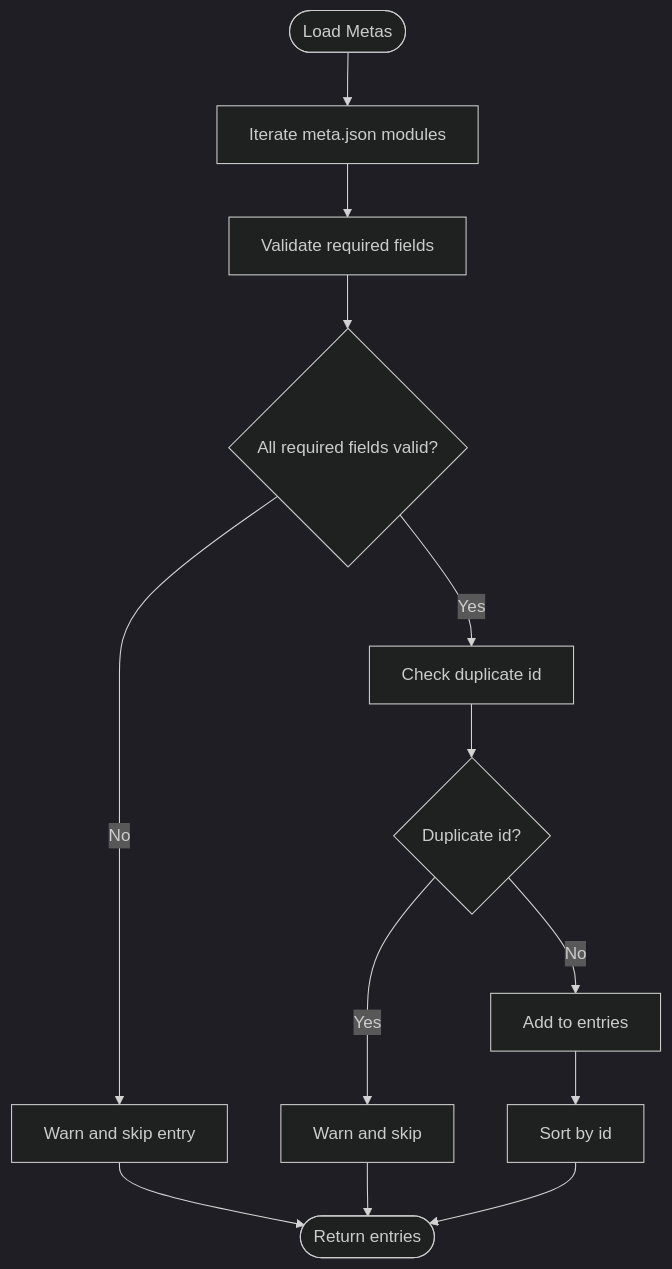
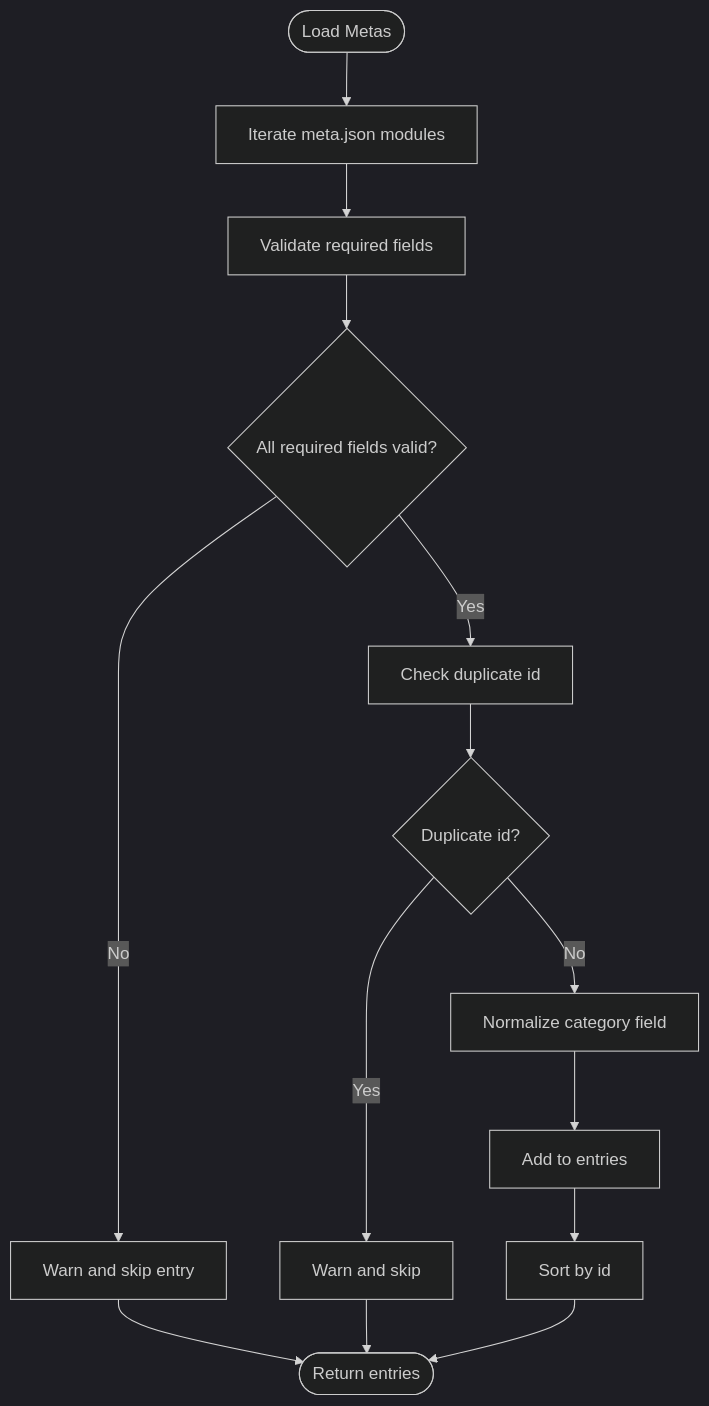
Before and after one commit to delirium-dj/modelcomp: the sixth of 7 diagrams in .qoder/repowiki/en/content/Data Management System/Data Schemas & Interfaces.md, drawn with Mermaid (dark theme). The commit also changed other lines of this file and 22 other files, not shown here.

````diff
--- a/.qoder/repowiki/en/content/Data Management System/Data Schemas & Interfaces.md
+++ b/.qoder/repowiki/en/content/Data Management System/Data Schemas & Interfaces.md
@@ -261,15 +345,16 @@
 ```mermaid
 flowchart TD
 Start(["Load Metas"]) --> Iterate["Iterate meta.json modules"]
 Iterate --> ValidateFields["Validate required fields"]
 ValidateFields --> Valid{"All required fields valid?"}
 Valid --> |No| Skip["Warn and skip entry"]
 Valid --> |Yes| CheckDuplicate["Check duplicate id"]
 CheckDuplicate --> Duplicate{"Duplicate id?"}
 Duplicate --> |Yes| WarnDup["Warn and skip"]
-Duplicate --> |No| AddEntry["Add to entries"]
+Duplicate --> |No| NormalizeCategory["Normalize category field"]
+NormalizeCategory --> AddEntry["Add to entries"]
 AddEntry --> Sort["Sort by id"]
 Sort --> End(["Return entries"])
 Skip --> End
 WarnDup --> End
 ```
````
